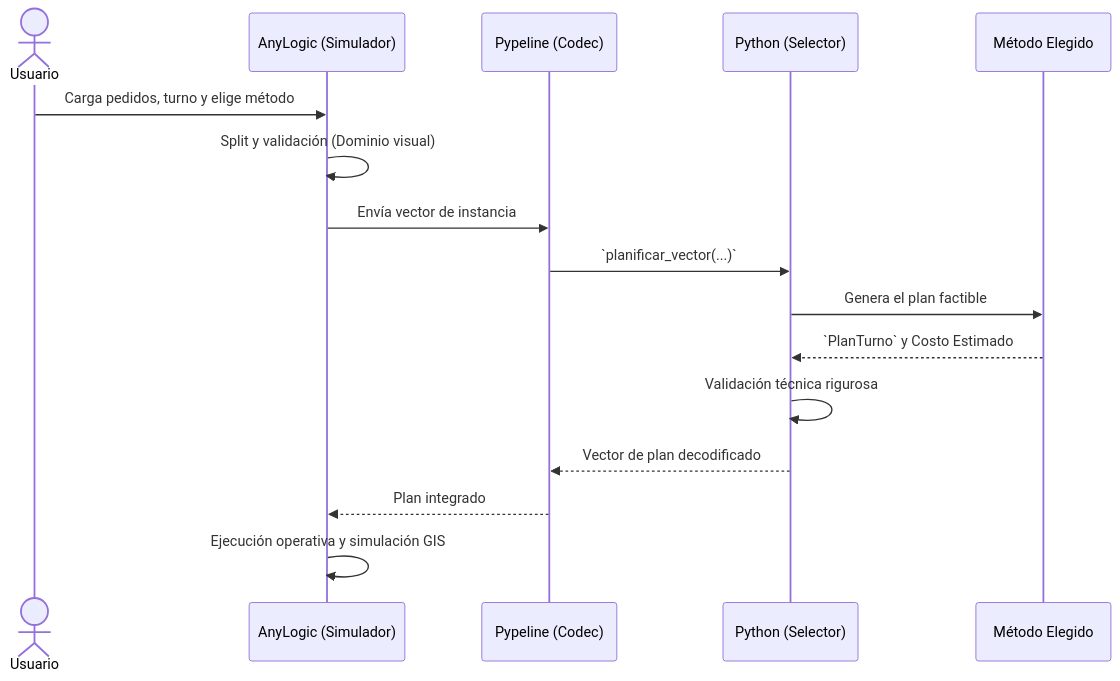
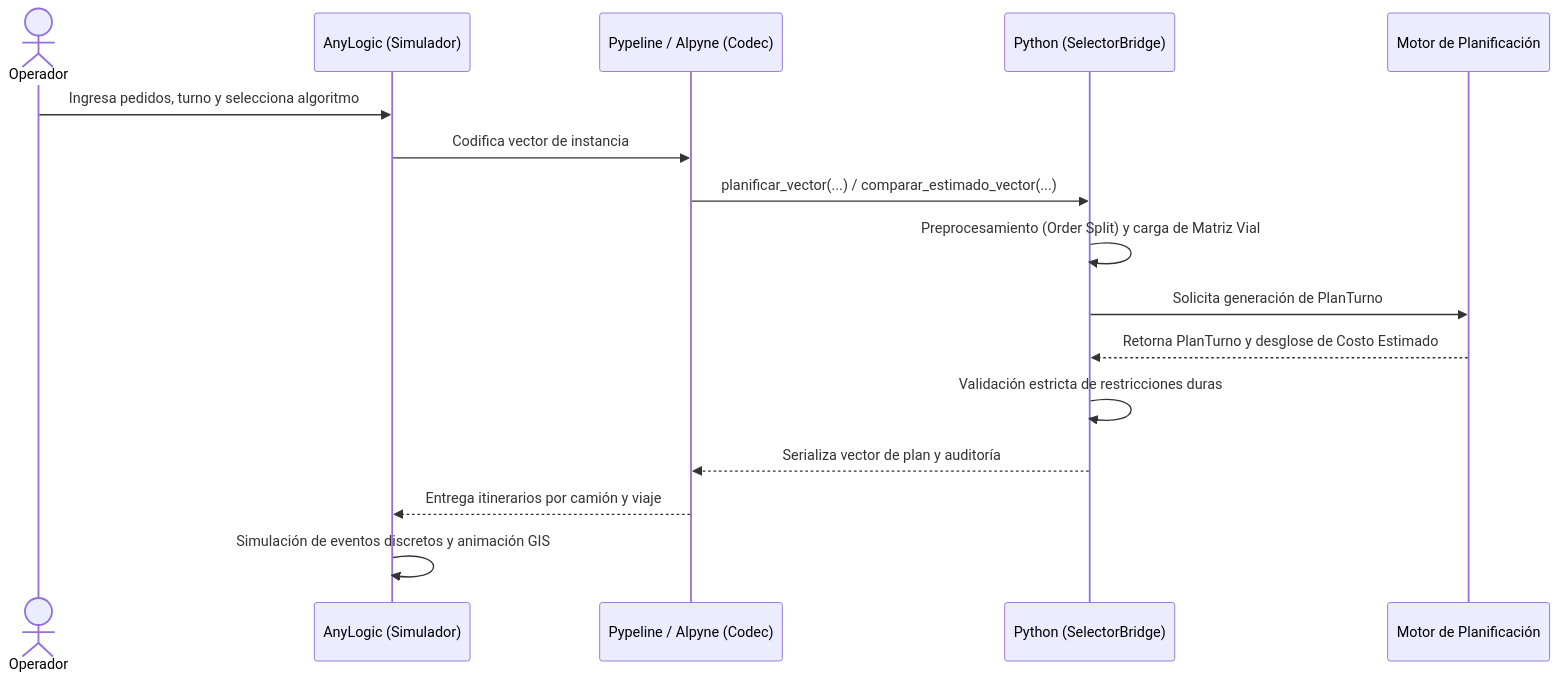
The diagram in docs/system-design.md (Frasquito3/PedemonteDigitalTwin_v2), drawn with Mermaid before and after one commit. The commit also changed other lines of this file and 5 other files, not shown here.

````diff
--- a/docs/system-design.md
+++ b/docs/system-design.md
@@ -21,19 +22,19 @@
 ```mermaid
 sequenceDiagram
-    actor U as Usuario
+    actor U as Operador
     participant A as AnyLogic (Simulador)
-    participant P as Pypeline (Codec)
-    participant S as Python (Selector)
-    participant M as Método Elegido
+    participant P as Pypeline / Alpyne (Codec)
+    participant S as Python (SelectorBridge)
+    participant M as Motor de Planificación
 
-    U->>A: Carga pedidos, turno y elige método
-    A->>A: Split y validación (Dominio visual)
-    A->>P: Envía vector de instancia
-    P->>S: `planificar_vector(...)`
-    S->>M: Genera el plan factible
-    M-->>S: `PlanTurno` y Costo Estimado
-    S->>S: Validación técnica rigurosa
-    S-->>P: Vector de plan decodificado
-    P-->>A: Plan integrado
-    A->>A: Ejecución operativa y simulación GIS
+    U->>A: Ingresa pedidos, turno y selecciona algoritmo
+    A->>P: Codifica vector de instancia
+    P->>S: planificar_vector(...) / comparar_estimado_vector(...)
+    S->>S: Preprocesamiento (Order Split) y carga de Matriz Vial
+    S->>M: Solicita generación de PlanTurno
+    M-->>S: Retorna PlanTurno y desglose de Costo Estimado
+    S->>S: Validación estricta de restricciones duras
+    S-->>P: Serializa vector de plan y auditoría
+    P-->>A: Entrega itinerarios por camión y viaje
+    A->>A: Simulación de eventos discretos y animación GIS
 ```
````
